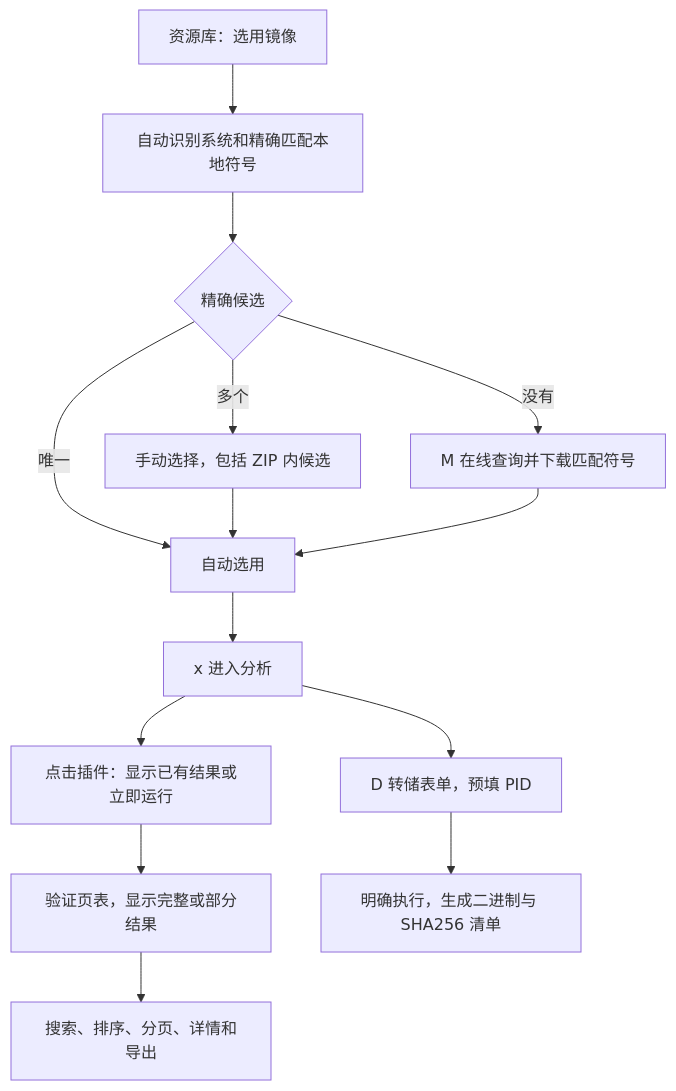
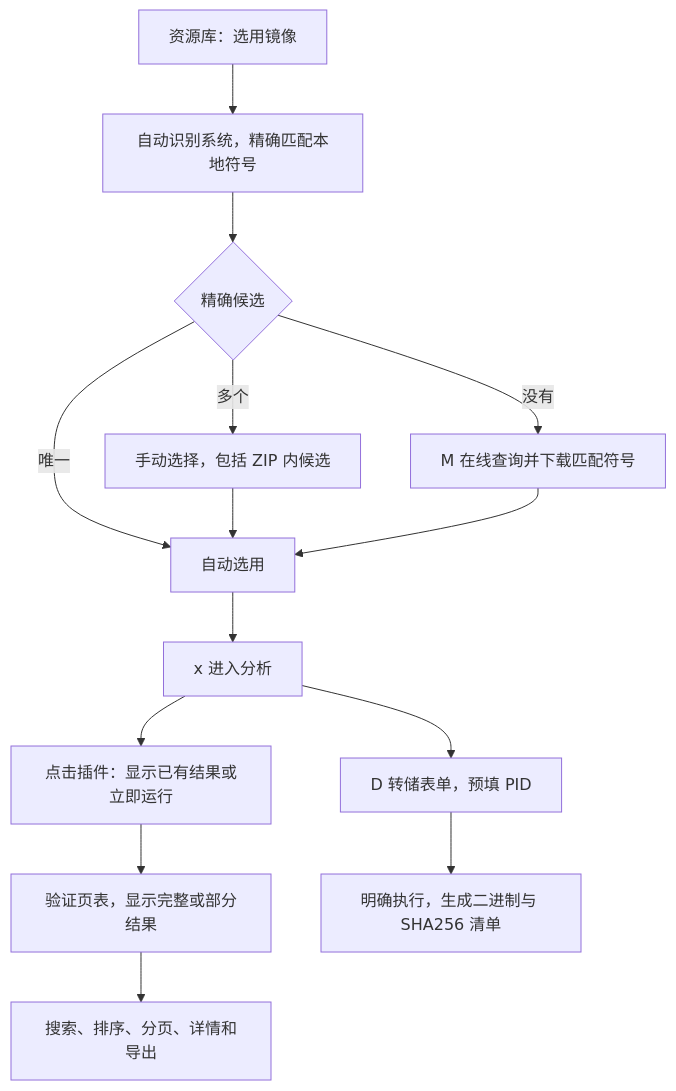
One commit to Sunmedalia/Zero changed the diagram in docs/usage.md. Above: the diagram before and after it, drawn with Mermaid. The commit also changed other lines of this file and 11 other files, not shown here.

````diff
--- a/docs/usage.md
+++ b/docs/usage.md
@@ -30,16 +76,16 @@
 ```mermaid
 flowchart TD
-    A[资源库：选用镜像] --> B[自动识别系统和精确匹配本地符号]
+    A[资源库：选用镜像] --> B[自动识别系统，精确匹配本地符号]
     B --> C{精确候选}
     C -->|唯一| D[自动选用]
     C -->|多个| E[手动选择，包括 ZIP 内候选]
     C -->|没有| F[M 在线查询并下载匹配符号]
     E --> D
     F --> D
     D --> G[x 进入分析]
     G --> H[点击插件：显示已有结果或立即运行]
     H --> I[验证页表，显示完整或部分结果]
     I --> J[搜索、排序、分页、详情和导出]
     G --> K[D 转储表单，预填 PID]
     K --> L[明确执行，生成二进制与 SHA256 清单]
 ```
````
